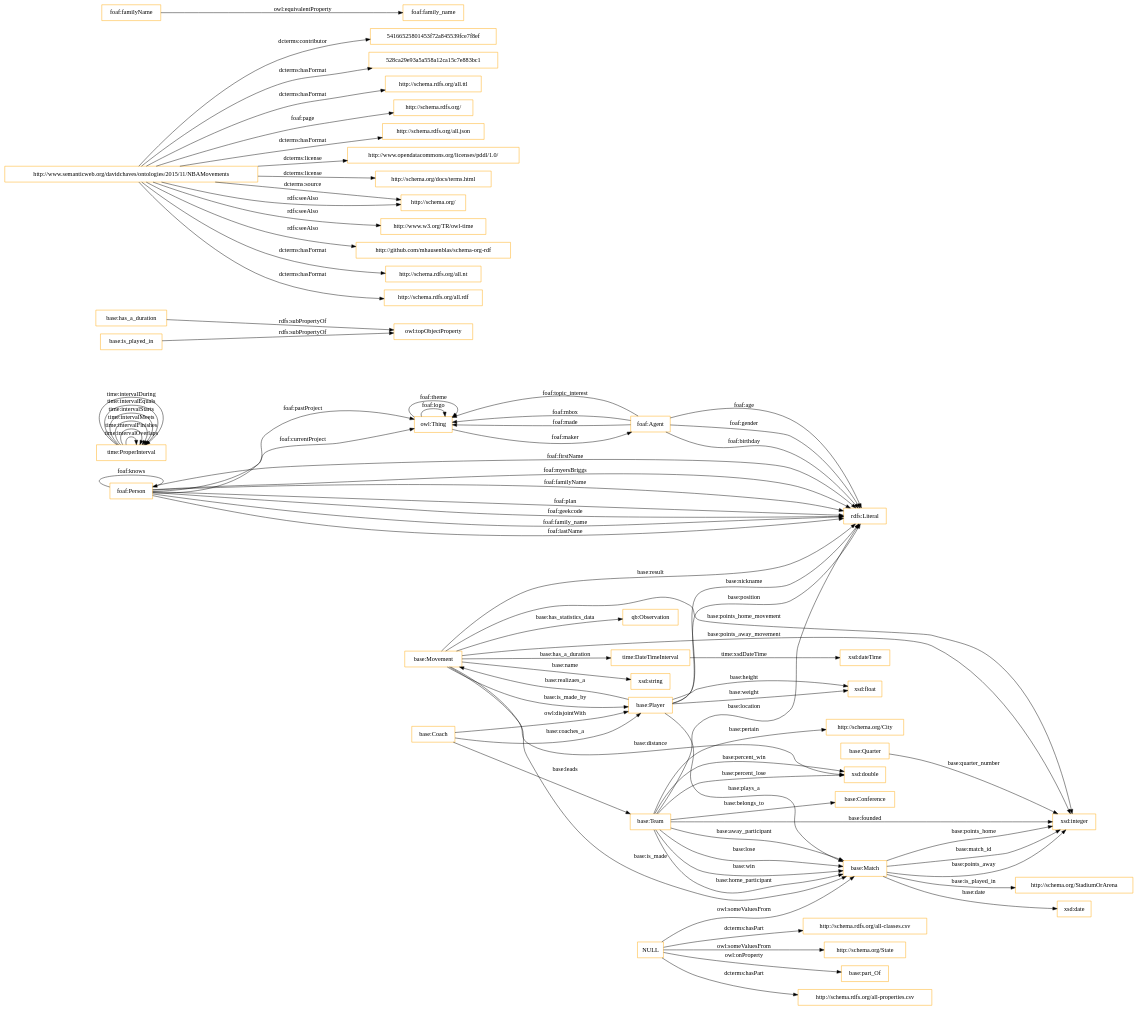
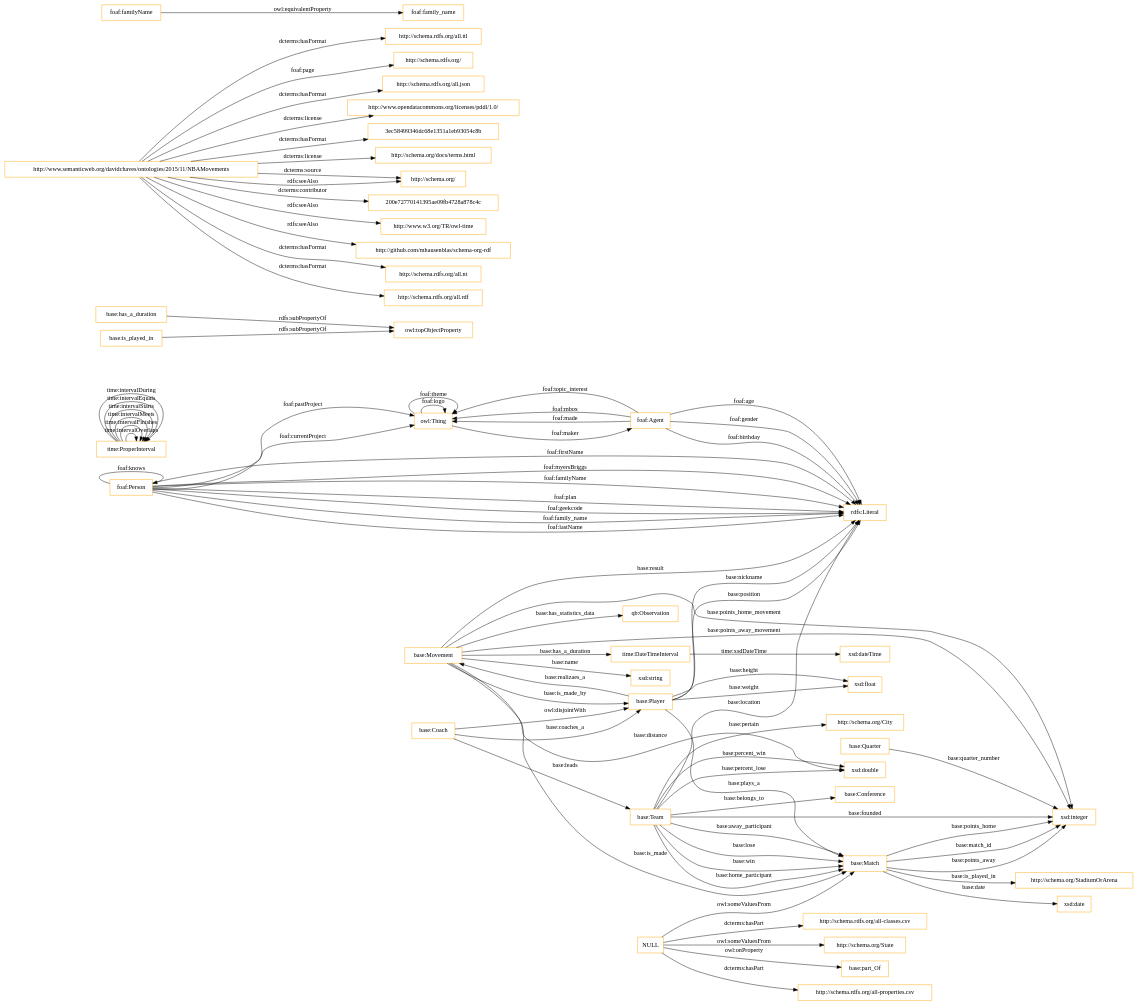
Before and after one commit to OnToologyUser/nba-ontology: the diagram in OnToology/ontology/nba.ttl/diagrams/ar2dtool-class/nba.ttl.png.dot, drawn with Graphviz. The commit also changed 30 other files, not shown here.

```diff
--- a/OnToology/ontology/nba.ttl/diagrams/ar2dtool-class/nba.ttl.png.dot
+++ b/OnToology/ontology/nba.ttl/diagrams/ar2dtool-class/nba.ttl.png.dot
@@ -1,87 +1,87 @@
 digraph ar2dtool_diagram { 
 rankdir=LR;
 size="1501"
 node [shape = rectangle, color="orange"]; "time:DateTimeInterval" "base:Team" "base:Coach" "time:ProperInterval" "http://schema.org/State" "http://schema.org/City" "foaf:Person" "base:Player" "base:Quarter" "http://schema.org/StadiumOrArena" "base:Match" "qb:Observation" "base:Movement" "base:Conference" ; /*classes style*/
 	"base:Coach" -> "base:Player" [ label = "owl:disjointWith" ];
 	"base:has_a_duration" -> "owl:topObjectProperty" [ label = "rdfs:subPropertyOf" ];
-	"http://www.semanticweb.org/davidchaves/ontologies/2015/11/NBAMovements" -> "54166525801453f72a845539fce7f8ef" [ label = "dcterms:contributor" ];
-	"http://www.semanticweb.org/davidchaves/ontologies/2015/11/NBAMovements" -> "528ca29e93a5a558a12ca15c7e883bc1" [ label = "dcterms:hasFormat" ];
 	"http://www.semanticweb.org/davidchaves/ontologies/2015/11/NBAMovements" -> "http://schema.rdfs.org/all.ttl" [ label = "dcterms:hasFormat" ];
 	"http://www.semanticweb.org/davidchaves/ontologies/2015/11/NBAMovements" -> "http://schema.rdfs.org/" [ label = "foaf:page" ];
 	"http://www.semanticweb.org/davidchaves/ontologies/2015/11/NBAMovements" -> "http://schema.rdfs.org/all.json" [ label = "dcterms:hasFormat" ];
 	"http://www.semanticweb.org/davidchaves/ontologies/2015/11/NBAMovements" -> "http://www.opendatacommons.org/licenses/pddl/1.0/" [ label = "dcterms:license" ];
+	"http://www.semanticweb.org/davidchaves/ontologies/2015/11/NBAMovements" -> "3ec58499346dc68e1351a1eb93054c8b" [ label = "dcterms:hasFormat" ];
 	"http://www.semanticweb.org/davidchaves/ontologies/2015/11/NBAMovements" -> "http://schema.org/docs/terms.html" [ label = "dcterms:license" ];
 	"http://www.semanticweb.org/davidchaves/ontologies/2015/11/NBAMovements" -> "http://schema.org/" [ label = "dcterms:source" ];
+	"http://www.semanticweb.org/davidchaves/ontologies/2015/11/NBAMovements" -> "200e72770141395ae09fb4728a878c4c" [ label = "dcterms:contributor" ];
 	"http://www.semanticweb.org/davidchaves/ontologies/2015/11/NBAMovements" -> "http://www.w3.org/TR/owl-time" [ label = "rdfs:seeAlso" ];
 	"http://www.semanticweb.org/davidchaves/ontologies/2015/11/NBAMovements" -> "http://schema.org/" [ label = "rdfs:seeAlso" ];
 	"http://www.semanticweb.org/davidchaves/ontologies/2015/11/NBAMovements" -> "http://github.com/mhausenblas/schema-org-rdf" [ label = "rdfs:seeAlso" ];
 	"http://www.semanticweb.org/davidchaves/ontologies/2015/11/NBAMovements" -> "http://schema.rdfs.org/all.nt" [ label = "dcterms:hasFormat" ];
 	"http://www.semanticweb.org/davidchaves/ontologies/2015/11/NBAMovements" -> "http://schema.rdfs.org/all.rdf" [ label = "dcterms:hasFormat" ];
 	"base:is_played_in" -> "owl:topObjectProperty" [ label = "rdfs:subPropertyOf" ];
 	"foaf:familyName" -> "foaf:family_name" [ label = "owl:equivalentProperty" ];
+	"NULL" -> "base:Match" [ label = "owl:someValuesFrom" ];
 	"NULL" -> "http://schema.org/State" [ label = "owl:someValuesFrom" ];
-	"NULL" -> "base:Match" [ label = "owl:someValuesFrom" ];
 	"NULL" -> "base:part_Of" [ label = "owl:onProperty" ];
 	"NULL" -> "http://schema.rdfs.org/all-properties.csv" [ label = "dcterms:hasPart" ];
 	"NULL" -> "http://schema.rdfs.org/all-classes.csv" [ label = "dcterms:hasPart" ];
 	"base:Team" -> "http://schema.org/City" [ label = "base:pertain" ];
 	"base:Match" -> "xsd:integer" [ label = "base:points_away" ];
 	"base:Movement" -> "xsd:string" [ label = "base:name" ];
 	"base:Player" -> "rdfs:Literal" [ label = "base:position" ];
 	"base:Team" -> "xsd:integer" [ label = "base:founded" ];
 	"base:Player" -> "xsd:float" [ label = "base:weight" ];
 	"base:Movement" -> "base:Match" [ label = "base:is_made" ];
 	"base:Movement" -> "base:Player" [ label = "base:is_made_by" ];
 	"base:Team" -> "base:Match" [ label = "base:away_participant" ];
 	"foaf:Person" -> "owl:Thing" [ label = "foaf:pastProject" ];
 	"time:ProperInterval" -> "time:ProperInterval" [ label = "time:intervalOverlaps" ];
 	"foaf:Person" -> "rdfs:Literal" [ label = "foaf:firstName" ];
 	"base:Player" -> "base:Movement" [ label = "base:realizaes_a" ];
 	"base:Team" -> "base:Conference" [ label = "base:belongs_to" ];
 	"time:DateTimeInterval" -> "xsd:dateTime" [ label = "time:xsdDateTime" ];
 	"foaf:Agent" -> "owl:Thing" [ label = "foaf:topic_interest" ];
 	"base:Match" -> "xsd:date" [ label = "base:date" ];
 	"base:Player" -> "rdfs:Literal" [ label = "base:nickname" ];
 	"base:Team" -> "rdfs:Literal" [ label = "base:location" ];
 	"base:Match" -> "xsd:integer" [ label = "base:points_home" ];
 	"base:Team" -> "xsd:double" [ label = "base:percent_win" ];
 	"foaf:Agent" -> "rdfs:Literal" [ label = "foaf:gender" ];
 	"base:Match" -> "xsd:integer" [ label = "base:match_id" ];
 	"base:Team" -> "base:Match" [ label = "base:lose" ];
 	"base:Movement" -> "xsd:integer" [ label = "base:points_away_movement" ];
 	"base:Movement" -> "rdfs:Literal" [ label = "base:result" ];
 	"base:Team" -> "base:Match" [ label = "base:win" ];
 	"base:Player" -> "xsd:float" [ label = "base:height" ];
 	"time:ProperInterval" -> "time:ProperInterval" [ label = "time:intervalFinishes" ];
 	"owl:Thing" -> "foaf:Agent" [ label = "foaf:maker" ];
 	"base:Team" -> "base:Match" [ label = "base:home_participant" ];
 	"base:Movement" -> "time:DateTimeInterval" [ label = "base:has_a_duration" ];
 	"foaf:Person" -> "rdfs:Literal" [ label = "foaf:myersBriggs" ];
 	"foaf:Person" -> "rdfs:Literal" [ label = "foaf:familyName" ];
 	"time:ProperInterval" -> "time:ProperInterval" [ label = "time:intervalMeets" ];
 	"base:Movement" -> "xsd:double" [ label = "base:distance" ];
 	"foaf:Agent" -> "owl:Thing" [ label = "foaf:mbox" ];
 	"foaf:Person" -> "foaf:Person" [ label = "foaf:knows" ];
 	"owl:Thing" -> "owl:Thing" [ label = "foaf:logo" ];
 	"owl:Thing" -> "owl:Thing" [ label = "foaf:theme" ];
 	"base:Coach" -> "base:Team" [ label = "base:leads" ];
 	"time:ProperInterval" -> "time:ProperInterval" [ label = "time:intervalStarts" ];
 	"foaf:Person" -> "rdfs:Literal" [ label = "foaf:plan" ];
 	"foaf:Person" -> "rdfs:Literal" [ label = "foaf:geekcode" ];
 	"base:Team" -> "xsd:double" [ label = "base:percent_lose" ];
 	"foaf:Person" -> "rdfs:Literal" [ label = "foaf:family_name" ];
 	"base:Movement" -> "qb:Observation" [ label = "base:has_statistics_data" ];
 	"base:Coach" -> "base:Player" [ label = "base:coaches_a" ];
 	"base:Movement" -> "xsd:integer" [ label = "base:points_home_movement" ];
 	"foaf:Agent" -> "owl:Thing" [ label = "foaf:made" ];
 	"foaf:Person" -> "owl:Thing" [ label = "foaf:currentProject" ];
 	"time:ProperInterval" -> "time:ProperInterval" [ label = "time:intervalEquals" ];
 	"time:ProperInterval" -> "time:ProperInterval" [ label = "time:intervalDuring" ];
 	"foaf:Person" -> "rdfs:Literal" [ label = "foaf:lastName" ];
 	"foaf:Agent" -> "rdfs:Literal" [ label = "foaf:birthday" ];
 	"base:Player" -> "base:Match" [ label = "base:plays_a" ];
 	"base:Match" -> "http://schema.org/StadiumOrArena" [ label = "base:is_played_in" ];
 	"foaf:Agent" -> "rdfs:Literal" [ label = "foaf:age" ];
 	"base:Quarter" -> "xsd:integer" [ label = "base:quarter_number" ];
 
 }
```
